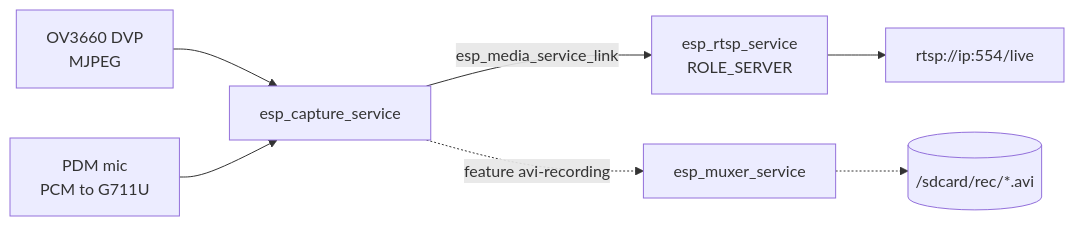
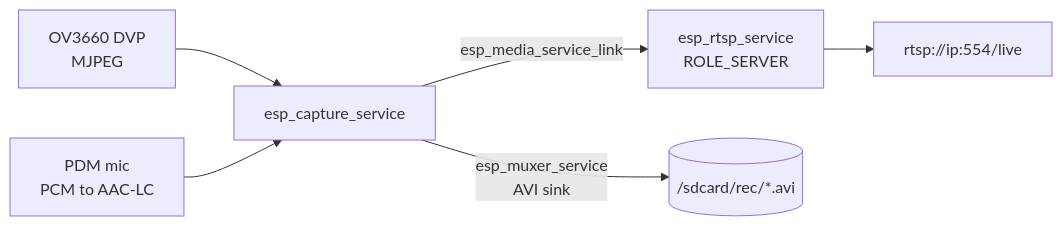
One commit to kruglovvs/rust changed the diagram in README.md. Above: the diagram before and after it, drawn with Mermaid. The commit also changed other lines of this file and 4 other files, not shown here.

````diff
--- a/README.md
+++ b/README.md
@@ -44,9 +56,8 @@
 ```mermaid
 flowchart LR
     CAM["OV3660 DVP<br/>MJPEG"] --> CAP["esp_capture_service"]
-    MIC["PDM mic<br/>PCM to G711U"] --> CAP
+    MIC["PDM mic<br/>PCM to AAC-LC"] --> CAP
     CAP -->|"esp_media_service_link"| RTSP["esp_rtsp_service<br/>ROLE_SERVER"]
     RTSP --> C["rtsp://ip:554/live"]
-    CAP -.->|"feature avi-recording"| MUX["esp_muxer_service"]
-    MUX -.-> SD[("/sdcard/rec/*.avi")]
+    CAP -->|"esp_muxer_service<br/>AVI sink"| SD[("/sdcard/rec/*.avi")]
 ```
````
